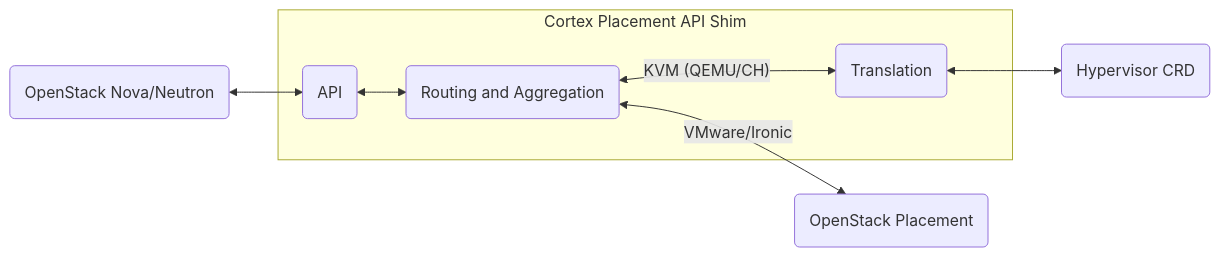
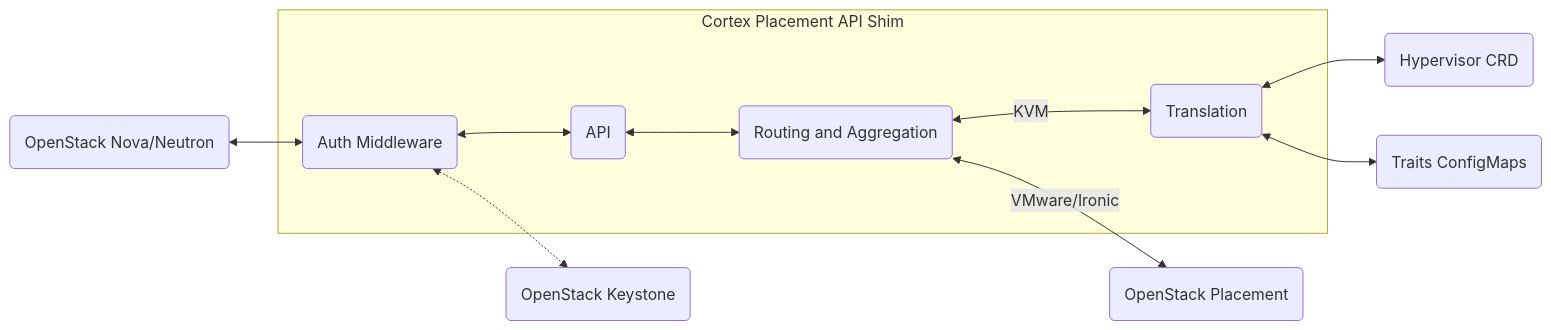
One commit to cobaltcore-dev/cortex changed the diagram in docs/architecture.md. Above: the diagram before and after it, drawn with Mermaid. The commit also changed other lines of this file, not shown here.

First line of the commit message:
Update Placement API Shim architecture docs for CRD-backed endpoints, auth, and traits

````diff
--- a/docs/architecture.md
+++ b/docs/architecture.md
@@ -43,11 +53,14 @@
 ```mermaid
 graph LR;
-    nn(OpenStack Nova/Neutron) <--> api
+    nn(OpenStack Nova/Neutron) <--> auth
     subgraph shim [Cortex Placement API Shim]
-    api(API) <--> router(Routing and Aggregation)
-    router <-- KVM (QEMU/CH) --> tl
+    auth(Auth Middleware) <--> api(API)
+    api <--> router(Routing and Aggregation)
+    router <-- KVM --> tl
     tl(Translation)
     end
+    auth <-.-> ks(OpenStack Keystone)
     router <-- VMware/Ironic --> pl(OpenStack Placement)
     tl <--> crd(Hypervisor CRD)
+    tl <--> cm(Traits ConfigMaps)
 ```
````
